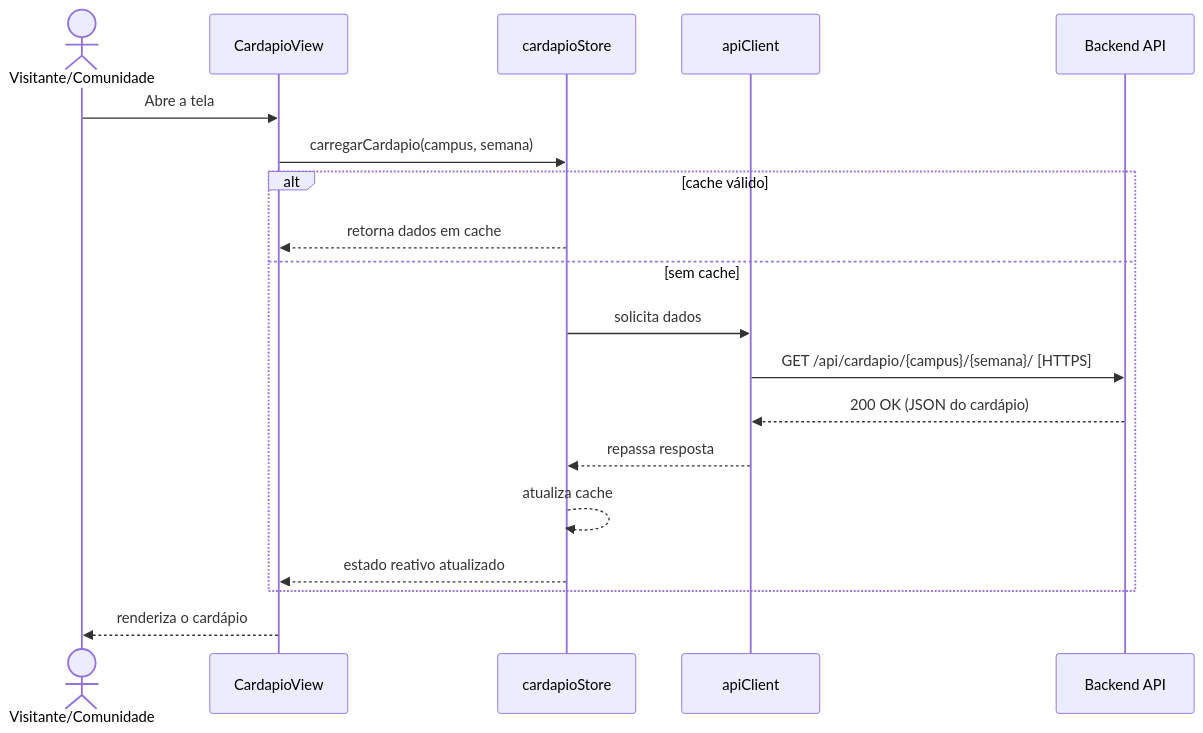
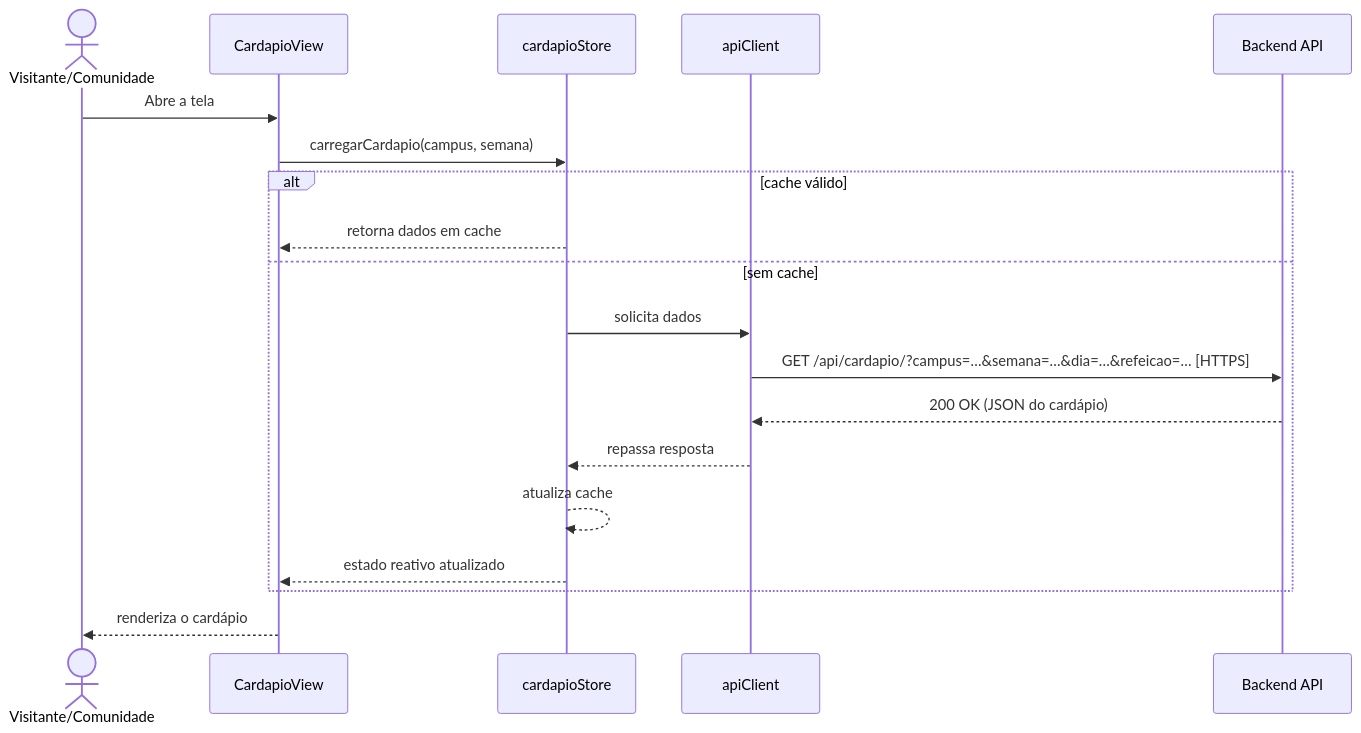
The third of 6 diagrams in docs/arquitetura/front-end/c4-niveis-3-4-frontend-bandejao.md (unb-mds/2026-2-Bandejao-UnB), drawn with Mermaid before and after one commit. The commit also changed other lines of this file, not shown here.

````diff
--- a/docs/arquitetura/front-end/c4-niveis-3-4-frontend-bandejao.md
+++ b/docs/arquitetura/front-end/c4-niveis-3-4-frontend-bandejao.md
@@ -281,22 +304,22 @@
 ```mermaid
 sequenceDiagram
   actor V as Visitante/Comunidade
   participant CV as CardapioView
   participant CS as cardapioStore
   participant AC as apiClient
   participant BE as Backend API
 
   V->>CV: Abre a tela
   CV->>CS: carregarCardapio(campus, semana)
   alt cache válido
     CS-->>CV: retorna dados em cache
   else sem cache
     CS->>AC: solicita dados
-    AC->>BE: GET /api/cardapio/{campus}/{semana}/ [HTTPS]
+    AC->>BE: GET /api/cardapio/?campus=…&semana=…&dia=…&refeicao=… [HTTPS]
     BE-->>AC: 200 OK (JSON do cardápio)
     AC-->>CS: repassa resposta
     CS-->>CS: atualiza cache
     CS-->>CV: estado reativo atualizado
   end
   CV-->>V: renderiza o cardápio
 ```
````
